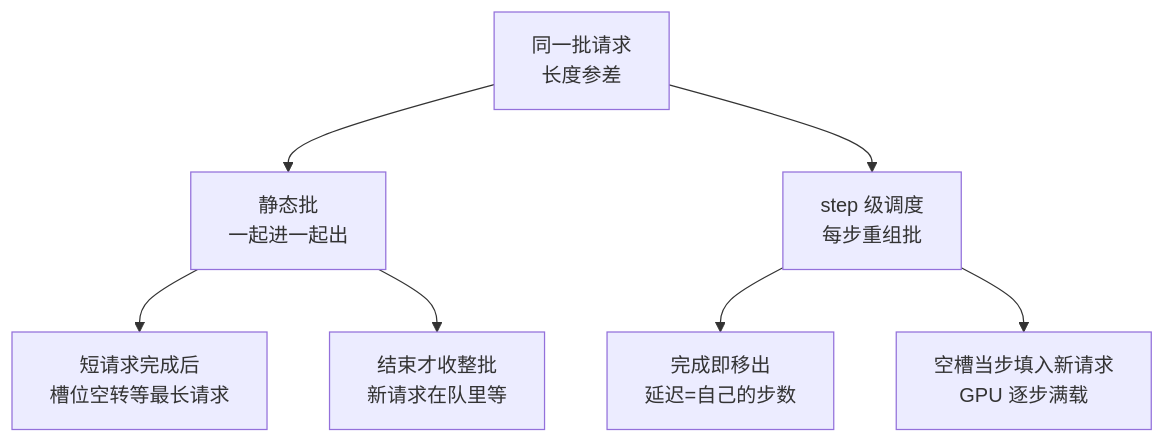
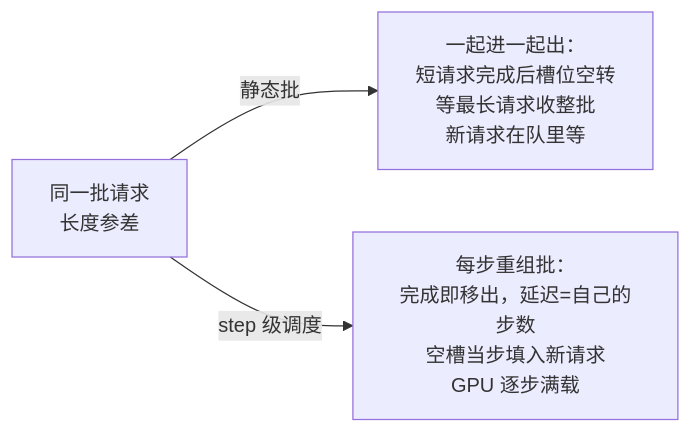
One commit to hub138/technical-knowledge changed the diagram in vault/工程知识/AI 系统工程：从模型能力到生产能力/推理服务与平台/推理批处理的两难：吞吐与延迟的调度天平.md. Above: the diagram before and after it, drawn with Mermaid. The commit also changed 30 other files, not shown here.

Commit message:
中台展示修复与多会话累积改动：/insights 主数据源改为中台 API（失败时回退旧 CSV）、git 同步按钮修复、收藏功能修复、文章批量修订、learning 页与全景视图更新、design-craft 参考表更新

````diff
--- a/vault/工程知识/AI 系统工程：从模型能力到生产能力/推理服务与平台/推理批处理的两难：吞吐与延迟的调度天平.md
+++ b/vault/工程知识/AI 系统工程：从模型能力到生产能力/推理服务与平台/推理批处理的两难：吞吐与延迟的调度天平.md
@@ -42,9 +42,5 @@
 ```mermaid
-graph TD
-    Q[同一批请求<br/>长度参差] --> S[静态批<br/>一起进一起出]
-    Q --> C[step 级调度<br/>每步重组批]
-    S --> S1[短请求完成后<br/>槽位空转等最长请求]
-    S --> S2[结束才收整批<br/>新请求在队里等]
-    C --> C1[完成即移出<br/>延迟=自己的步数]
-    C --> C2[空槽当步填入新请求<br/>GPU 逐步满载]
+graph LR
+    Q["同一批请求<br/>长度参差"] -->|"静态批"| S["一起进一起出：<br/>短请求完成后槽位空转<br/>等最长请求收整批<br/>新请求在队里等"]
+    Q -->|"step 级调度"| C["每步重组批：<br/>完成即移出，延迟=自己的步数<br/>空槽当步填入新请求<br/>GPU 逐步满载"]
 ```
````
